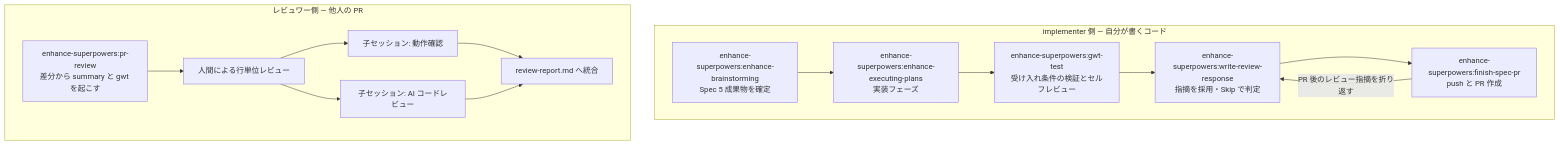
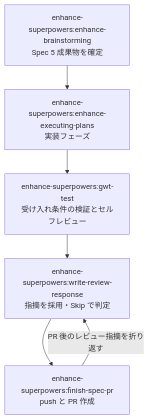
The first of 2 diagrams in enhance-superpowers/README.md (gotomts/claude-collections), drawn with Mermaid before and after one commit. The commit also changed other lines of this file and 1 other file, not shown here.

Commit message:
docs: 冒頭注記を短縮し、enhance-superpowers のフロー図を向きごとに分割
人間からの指示 2 件。

- 冒頭注記を「配布・利用者サポートを目的としない紹介文書」の 1 行にし、
  root ADR-0012 へのリンクを外した (見せる相手にとって内部の設計判断への
  ポインタは不要という判断)。引用ブロックは既存の見た目に合わせて維持
- enhance-superpowers のフロー図を「## フロー（implementer 側）」と
  「## フロー（レビュワー側）」の 2 セクションに割り、mermaid ブロックも
  2 つにした。見出しは既存のスキル表の見出しと表記を揃えている。
  図が 1 本ずつになるので subgraph は外した

indie-studio のフロー図は implementer / レビュワーの区別を持たないため分割せず、
冒頭注記の短縮だけ当てた。

mermaid parser で 3 block とも parse が通ること、相対リンク 19 本が全て解決する
ことを確認済み。

````diff
--- a/enhance-superpowers/README.md
+++ b/enhance-superpowers/README.md
@@ -33,28 +33,14 @@
 ```mermaid
 flowchart TD
-    subgraph impl["implementer 側 — 自分が書くコード"]
-        A["enhance-superpowers:enhance-brainstorming<br/>Spec 5 成果物を確定"]
-        B["enhance-superpowers:enhance-executing-plans<br/>実装フェーズ"]
-        C["enhance-superpowers:gwt-test<br/>受け入れ条件の検証とセルフレビュー"]
-        D["enhance-superpowers:write-review-response<br/>指摘を採用・Skip で判定"]
-        E["enhance-superpowers:finish-spec-pr<br/>push と PR 作成"]
-        A --> B
-        B --> C
-        C --> D
-        D --> E
-        E -->|PR 後のレビュー指摘を折り返す| D
-    end
+    A["enhance-superpowers:enhance-brainstorming<br/>Spec 5 成果物を確定"]
+    B["enhance-superpowers:enhance-executing-plans<br/>実装フェーズ"]
+    C["enhance-superpowers:gwt-test<br/>受け入れ条件の検証とセルフレビュー"]
+    D["enhance-superpowers:write-review-response<br/>指摘を採用・Skip で判定"]
+    E["enhance-superpowers:finish-spec-pr<br/>push と PR 作成"]
 
-    subgraph rev["レビュワー側 — 他人の PR"]
-        R["enhance-superpowers:pr-review<br/>差分から summary と gwt を起こす"]
-        R0["人間による行単位レビュー"]
-        R1["子セッション: 動作確認"]
-        R2["子セッション: AI コードレビュー"]
-        R3["review-report.md へ統合"]
-        R --> R0
-        R0 --> R1
-        R0 --> R2
-        R1 --> R3
-        R2 --> R3
-    end
+    A --> B
+    B --> C
+    C --> D
+    D --> E
+    E -->|PR 後のレビュー指摘を折り返す| D
 ```
````
